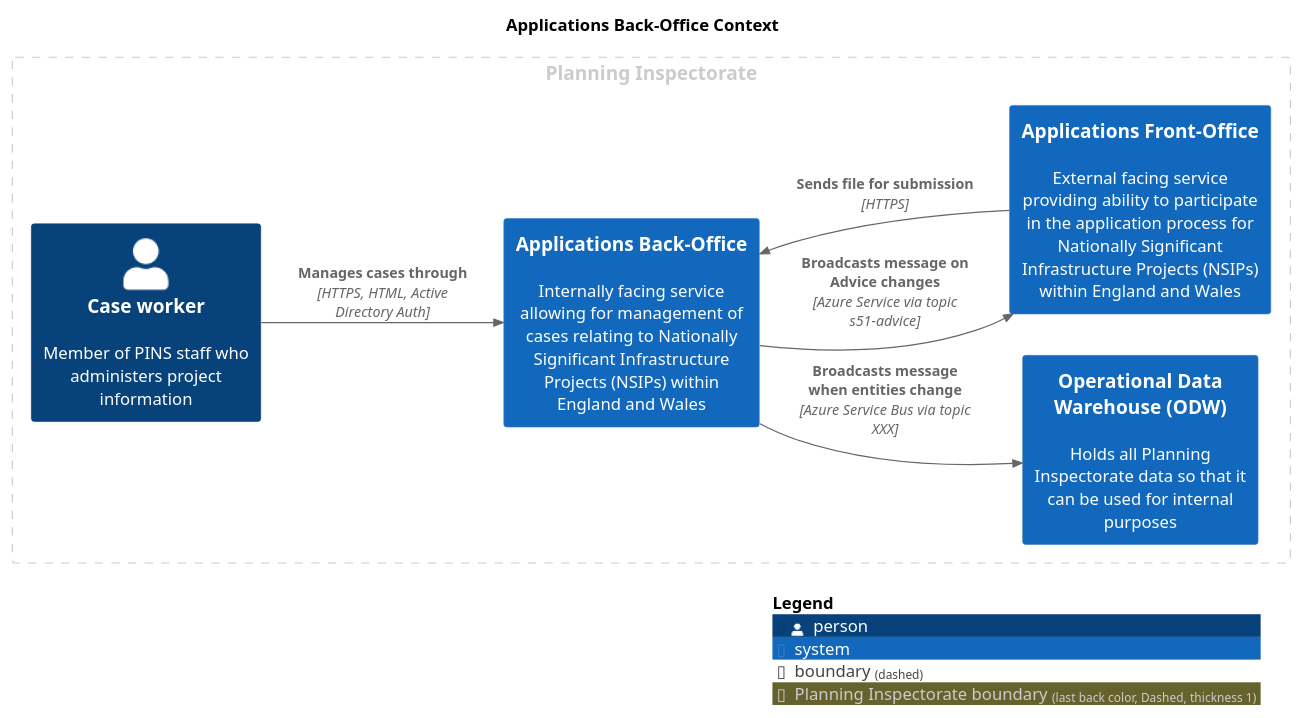
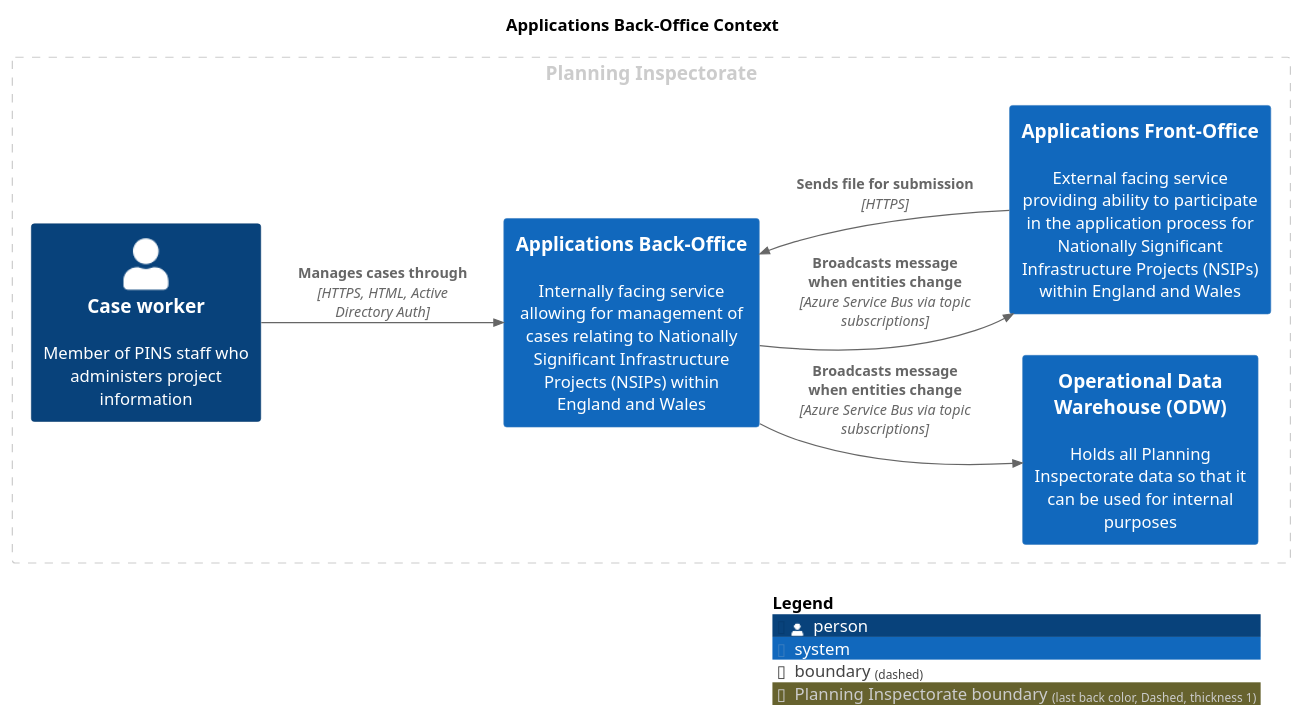
Before and after one commit to Planning-Inspectorate/applications-service: the diagram in master/puml/ApplicationsBOContext.puml, drawn with PlantUML. The commit also changed 36 other files, not shown here.

Commit message:
Deploying to gh-pages from @ Planning-Inspectorate/applications-service@f4ba3e3deb569666d62eae6afb449cacf2417ace 🚀

```diff
--- a/master/puml/ApplicationsBOContext.puml
+++ b/master/puml/ApplicationsBOContext.puml
@@ -1,25 +1,25 @@
 @startuml
 set separator none
 title Applications Back-Office Context
 
 left to right direction
 
 !include <C4/C4>
 !include <C4/C4_Context>
 
 AddBoundaryTag("Planning Inspectorate", $borderColor="#cccccc", $fontColor="#cccccc", $borderStyle="Dashed", $borderThickness="1")
 Boundary(group_1, "Planning Inspectorate", $tags="Planning Inspectorate") {
   System(ApplicationsBackOffice, "Applications Back-Office", $descr="Internally facing service allowing for management of cases relating to Nationally Significant Infrastructure Projects (NSIPs) within England and Wales", $tags="", $link="")
   System(OperationalDataWarehouseODW, "Operational Data Warehouse (ODW)", $descr="Holds all Planning Inspectorate data so that it can be used for internal purposes", $tags="", $link="")
   Person(Caseworker, "Case worker", $descr="Member of PINS staff who administers project information", $tags="", $link="")
   System(ApplicationsFrontOffice, "Applications Front-Office", $descr="External facing service providing ability to participate in the application process for Nationally Significant Infrastructure Projects (NSIPs) within England and Wales", $tags="", $link="")
 }
 
 
 Rel(ApplicationsFrontOffice, ApplicationsBackOffice, "Sends file for submission", $techn="HTTPS", $tags="", $link="")
 Rel(Caseworker, ApplicationsBackOffice, "Manages cases through", $techn="HTTPS, HTML, Active Directory Auth", $tags="", $link="")
-Rel(ApplicationsBackOffice, OperationalDataWarehouseODW, "Broadcasts message when entities change", $techn="Azure Service Bus via topic XXX", $tags="", $link="")
-Rel(ApplicationsBackOffice, ApplicationsFrontOffice, "Broadcasts message on Advice changes", $techn="Azure Service via topic s51-advice", $tags="", $link="")
+Rel(ApplicationsBackOffice, OperationalDataWarehouseODW, "Broadcasts message when entities change", $techn="Azure Service Bus via topic subscriptions", $tags="", $link="")
+Rel(ApplicationsBackOffice, ApplicationsFrontOffice, "Broadcasts message when entities change", $techn="Azure Service Bus via topic subscriptions", $tags="", $link="")
 
 SHOW_LEGEND(true)
 @enduml
```
